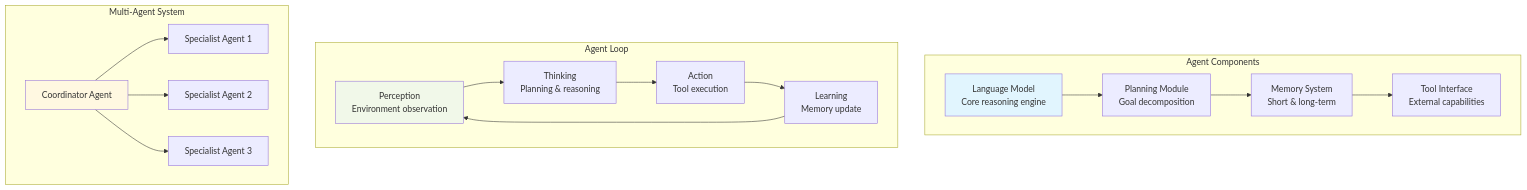
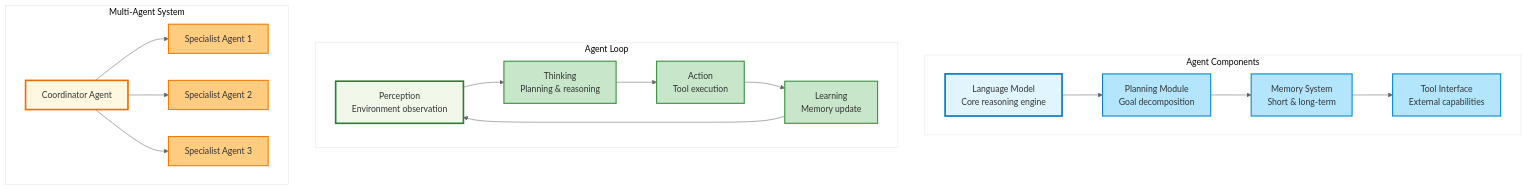
One commit to kishorekkota/kishorekkota.github.io changed diagram 12 of 28 in llm_ai/ai_concepts_visualizations.md. Above: the diagram before and after it, drawn with Mermaid. The commit also changed other lines of this file and 5 other files, not shown here.

First line of the commit message:
Enhance Mermaid diagrams and fix syntax errors

````diff
--- a/llm_ai/ai_concepts_visualizations.md
+++ b/llm_ai/ai_concepts_visualizations.md
@@ -424,40 +558,52 @@
 ```mermaid
+%%{init: {'theme':'base', 'themeVariables': { 'primaryColor': '#ffffff', 'primaryTextColor': '#333333', 'primaryBorderColor': '#cccccc', 'lineColor': '#666666'}}}%%
 graph TB
     subgraph "Agent Components"
         LLM[Language Model<br/>Core reasoning engine]
         PLAN[Planning Module<br/>Goal decomposition]
         MEM[Memory System<br/>Short & long-term]
         TOOLS[Tool Interface<br/>External capabilities]
     end
     
     subgraph "Agent Loop"
         PERC[Perception<br/>Environment observation]
         THINK[Thinking<br/>Planning & reasoning]
         ACT[Action<br/>Tool execution]
         LEARN[Learning<br/>Memory update]
     end
     
     subgraph "Multi-Agent System"
         COORD[Coordinator Agent]
         SPEC1[Specialist Agent 1]
         SPEC2[Specialist Agent 2]
         SPEC3[Specialist Agent 3]
     end
     
     LLM --> PLAN
     PLAN --> MEM
     MEM --> TOOLS
     
     PERC --> THINK
     THINK --> ACT
     ACT --> LEARN
     LEARN --> PERC
     
     COORD --> SPEC1
     COORD --> SPEC2
     COORD --> SPEC3
     
-    style LLM fill:#e1f5fe
-    style PERC fill:#f1f8e9
-    style COORD fill:#fff8e1
+    style LLM fill:#e1f5fe,stroke:#0277bd,stroke-width:3px
+    style PERC fill:#f1f8e9,stroke:#2e7d32,stroke-width:3px
+    style COORD fill:#fff8e1,stroke:#ef6c00,stroke-width:3px
+    style PLAN fill:#b3e5fc,stroke:#0288d1,stroke-width:2px
+    style MEM fill:#b3e5fc,stroke:#0288d1,stroke-width:2px
+    style TOOLS fill:#b3e5fc,stroke:#0288d1,stroke-width:2px
+    style THINK fill:#c8e6c9,stroke:#388e3c,stroke-width:2px
+    style ACT fill:#c8e6c9,stroke:#388e3c,stroke-width:2px
+    style LEARN fill:#c8e6c9,stroke:#388e3c,stroke-width:2px
+    style SPEC1 fill:#ffcc80,stroke:#f57c00,stroke-width:2px
+    style SPEC2 fill:#ffcc80,stroke:#f57c00,stroke-width:2px
+    style SPEC3 fill:#ffcc80,stroke:#f57c00,stroke-width:2px
+
+
 ```
````
